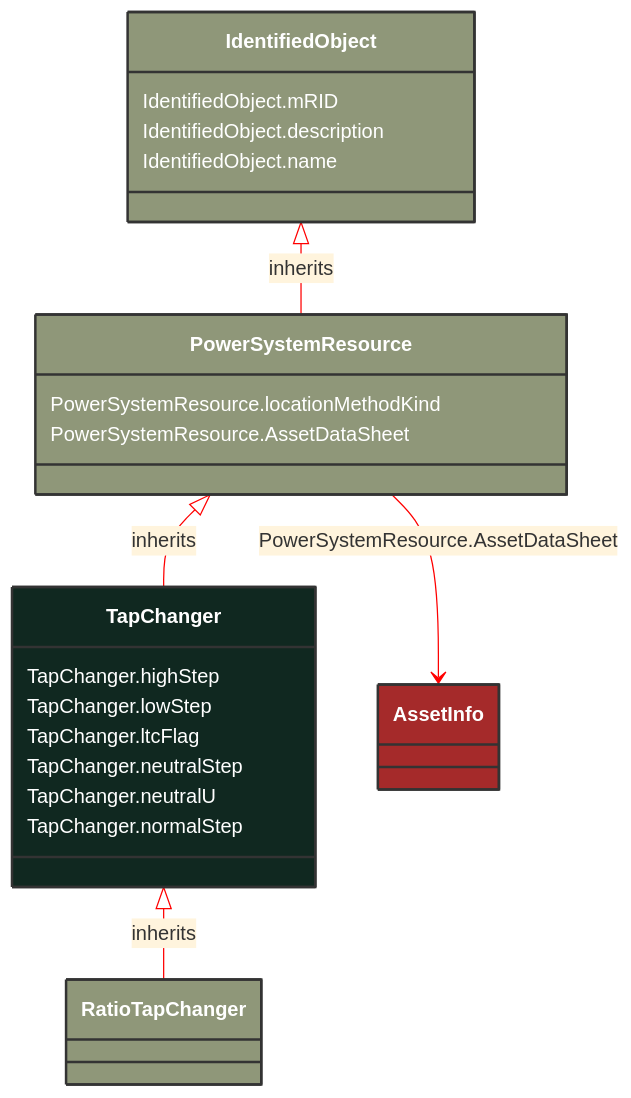
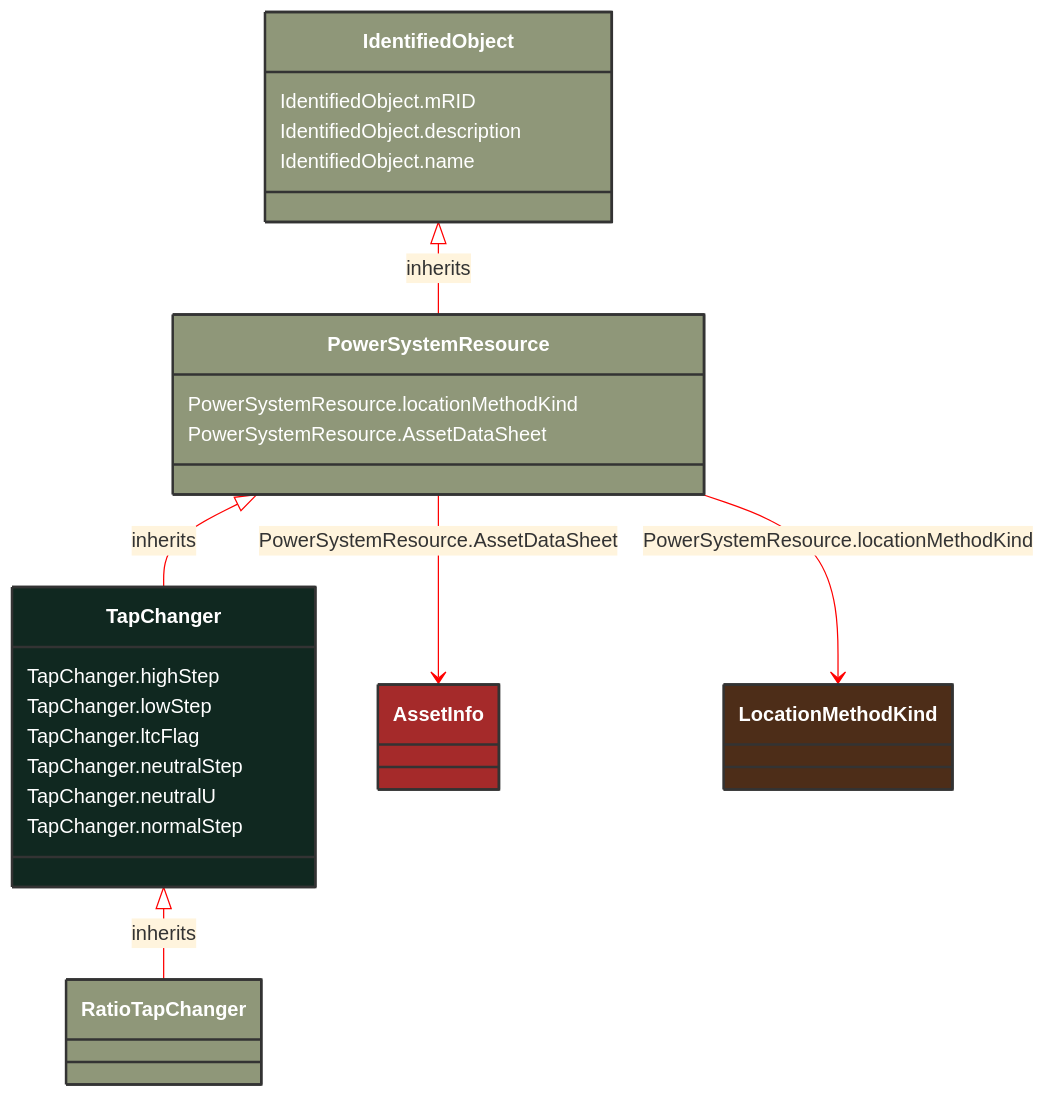
Before and after one commit to 3lbits/NoCIMExtensions: the diagram in docs/Models/Profiles/Telemark-120Equipment/AbstractClasses/TapChanger.md, drawn with Mermaid. The commit also changed 50 other files, not shown here.

````diff
--- a/docs/Models/Profiles/Telemark-120Equipment/AbstractClasses/TapChanger.md
+++ b/docs/Models/Profiles/Telemark-120Equipment/AbstractClasses/TapChanger.md
@@ -10,40 +10,45 @@
 ```mermaid
 %%{init: {'theme':'base','themeVariables': {'lineColor': '#FF0000'}}}%%
 classDiagram
     class TapChanger
     click TapChanger href "/Models/Profiles/Telemark-120Equipment/AbstractClasses/TapChanger/"
     style TapChanger fill:#102820,stroke:#333,stroke-width:2px,rx:10,ry:10,color:white
 
         TapChanger <|-- RatioTapChanger : inherits
 
         RatioTapChanger
             click RatioTapChanger href "/Models/Profiles/Telemark-120Equipment/ConcreteClasses/RatioTapChanger/"
             style RatioTapChanger fill:#8F9779,stroke:#333,stroke-width:2px,rx:10,ry:10,color:white
      
         PowerSystemResource <|-- TapChanger : inherits
             click PowerSystemResource href "/Models/Profiles/Telemark-120Equipment/AbstractClasses/PowerSystemResource/"
             style PowerSystemResource fill:#8F9779,stroke:#333,stroke-width:2px,rx:10,ry:10,color:white
      
         IdentifiedObject <|-- PowerSystemResource : inherits
             click IdentifiedObject href "/Models/Profiles/Telemark-120Equipment/AbstractClasses/IdentifiedObject/"
             style IdentifiedObject fill:#8F9779,stroke:#333,stroke-width:2px,rx:10,ry:10,color:white
 
         PowerSystemResource --> AssetInfo : PowerSystemResource.AssetDataSheet
 
         AssetInfo
             click AssetInfo href "/Models/Profiles/Telemark-120Equipment/ConcreteClasses/AssetInfo/"
             style AssetInfo fill:#A52A2A,stroke:#333,stroke-width:2px,rx:10,ry:10,color:white
 
+        PowerSystemResource --> LocationMethodKind : PowerSystemResource.locationMethodKind
+
+        LocationMethodKind
+            click LocationMethodKind href "/Models/Profiles/Telemark-120Equipment/Enumerations/LocationMethodKind/"
+            style LocationMethodKind fill:#4D2D18,stroke:#333,stroke-width:2px,rx:10,ry:10,color:white
 
         TapChanger : TapChanger.highStep
         TapChanger : TapChanger.lowStep
         TapChanger : TapChanger.ltcFlag
         TapChanger : TapChanger.neutralStep
         TapChanger : TapChanger.neutralU
         TapChanger : TapChanger.normalStep
         PowerSystemResource : PowerSystemResource.locationMethodKind
         PowerSystemResource : PowerSystemResource.AssetDataSheet
         IdentifiedObject : IdentifiedObject.mRID
         IdentifiedObject : IdentifiedObject.description
         IdentifiedObject : IdentifiedObject.name
 ```
````
